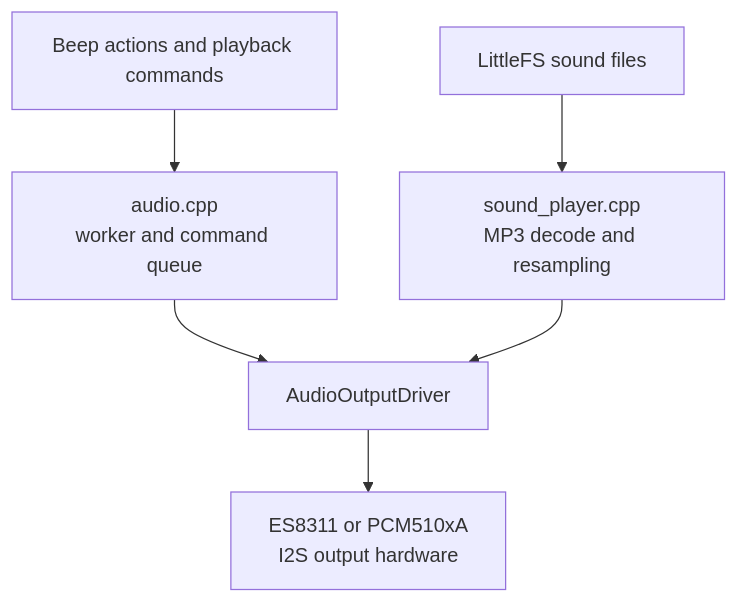
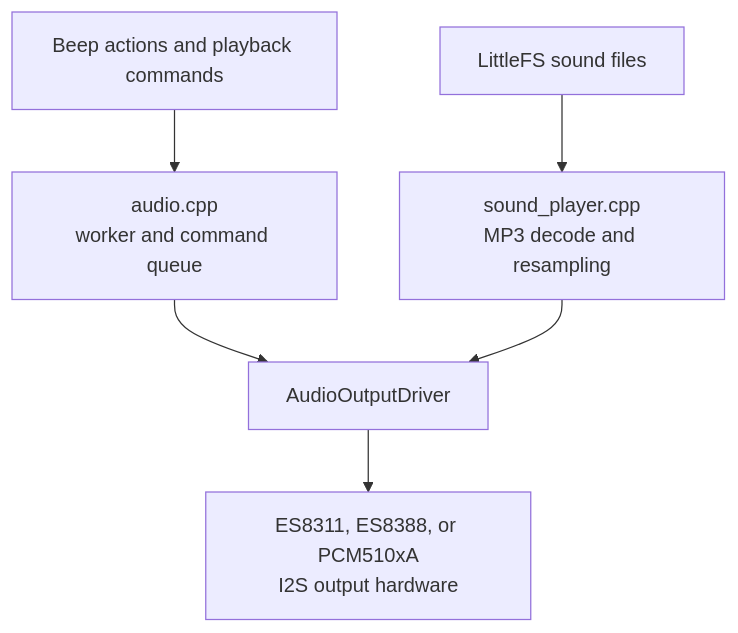
Before and after one commit to jantielens/esp32-macropad: the diagram in docs/dev/audio-architecture.md, drawn with Mermaid. The commit also changed other lines of this file and 33 other files, not shown here.

````diff
--- a/docs/dev/audio-architecture.md
+++ b/docs/dev/audio-architecture.md
@@ -17,8 +17,8 @@
 ```mermaid
 flowchart TD
     Actions[Beep actions and playback commands] --> Audio["audio.cpp\nworker and command queue"]
     Storage["LittleFS sound files"] --> Player["sound_player.cpp\nMP3 decode and resampling"]
     Audio --> Driver["AudioOutputDriver"]
     Player --> Driver
-    Driver --> Hardware["ES8311 or PCM510xA\nI2S output hardware"]
+    Driver --> Hardware["ES8311, ES8388, or PCM510xA\nI2S output hardware"]
 ```
````
